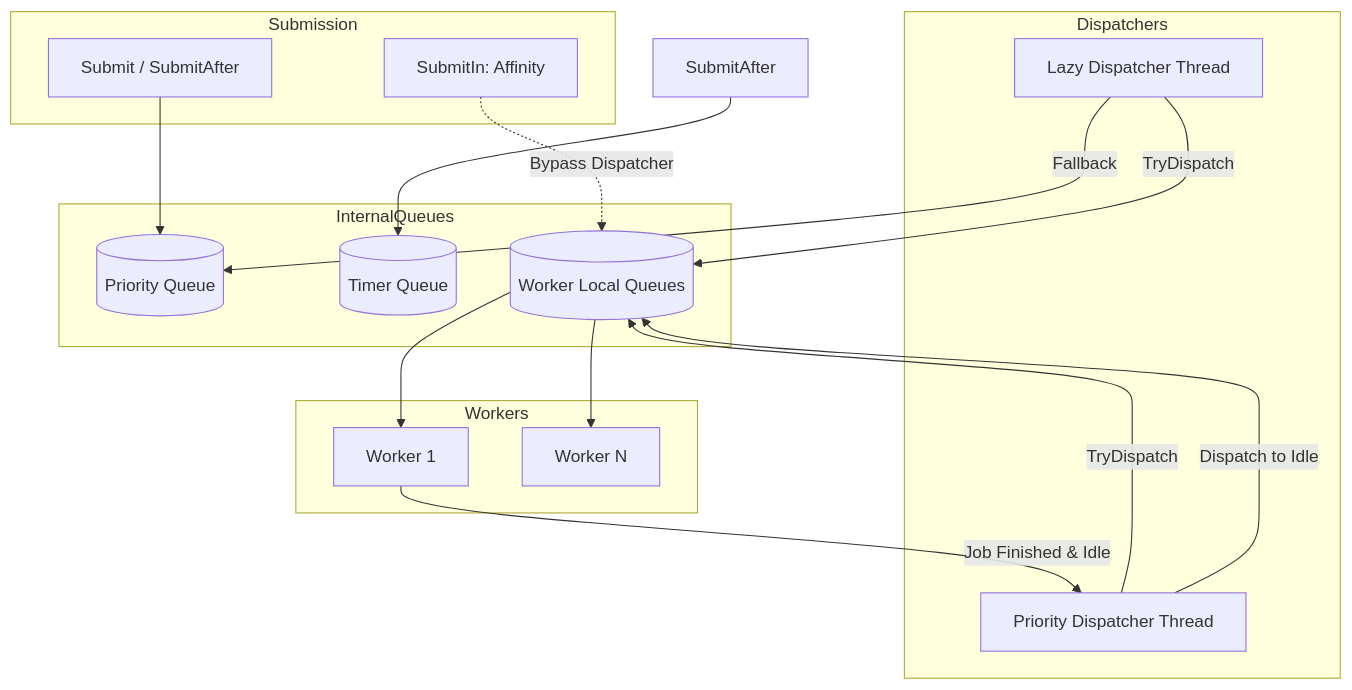
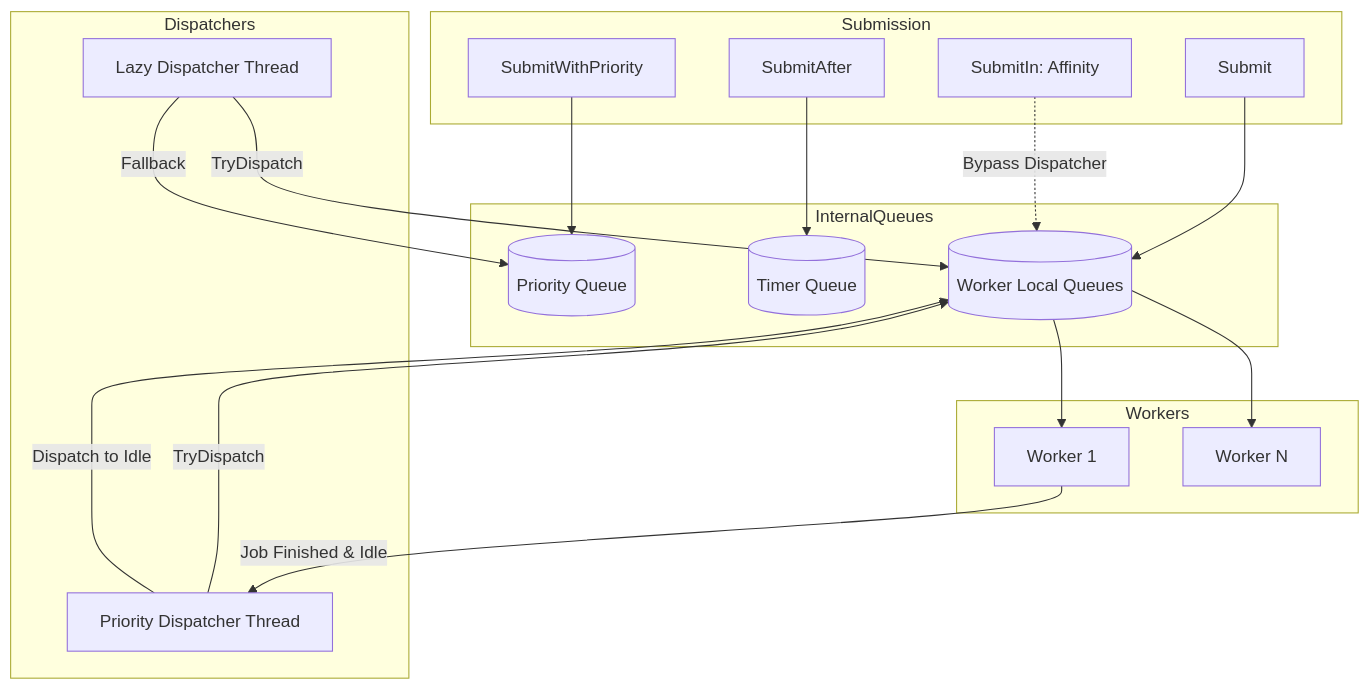
The diagram in docs/thread_pool.md (puji4810/Prism), drawn with Mermaid before and after one commit. The commit also changed other lines of this file and 84 other files, not shown here.

````diff
--- a/docs/thread_pool.md
+++ b/docs/thread_pool.md
@@ -36,36 +36,39 @@
 ```mermaid
 flowchart TD
     subgraph Submission
-        Submit[Submit / SubmitAfter]
+        Submit[Submit]
+        SubmitPri[SubmitWithPriority]
+        SubmitAfter[SubmitAfter]
         SubmitIn[SubmitIn: Affinity]
     end
 
     subgraph InternalQueues
         PriorityQ[(Priority Queue)]
         LazyQ[(Timer Queue)]
         WorkerQ[(Worker Local Queues)]
     end
 
     subgraph Dispatchers
         PThread[Priority Dispatcher Thread]
         LThread[Lazy Dispatcher Thread]
     end
 
     subgraph Workers
         W1[Worker 1]
         Wn[Worker N]
     end
 
-    Submit --> PriorityQ
+    Submit --> WorkerQ
+    SubmitPri --> PriorityQ
     SubmitAfter --> LazyQ
     SubmitIn -.->|Bypass Dispatcher| WorkerQ
 
     LThread -->|TryDispatch| WorkerQ
     LThread -->|Fallback| PriorityQ
     PThread -->|TryDispatch| WorkerQ
     PThread -->|Dispatch to Idle| WorkerQ
     WorkerQ --> W1
     WorkerQ --> Wn
 
     W1 -->|Job Finished & Idle| PThread
 ```
````
